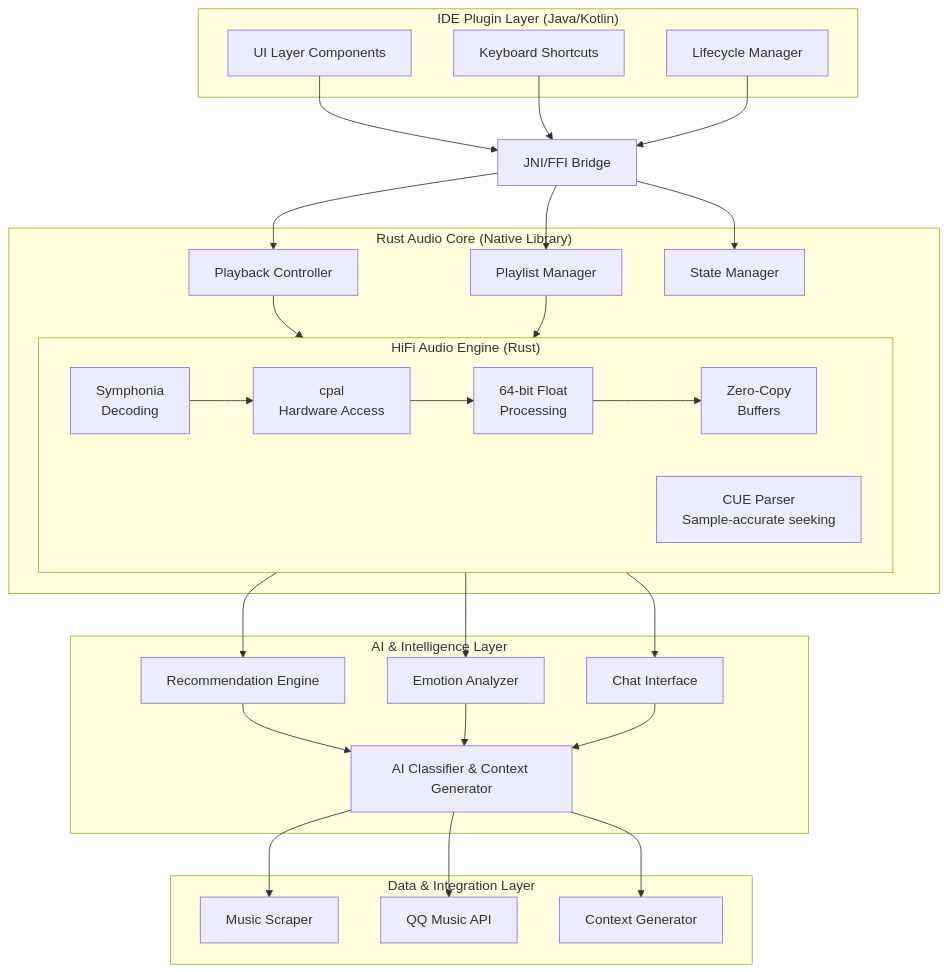
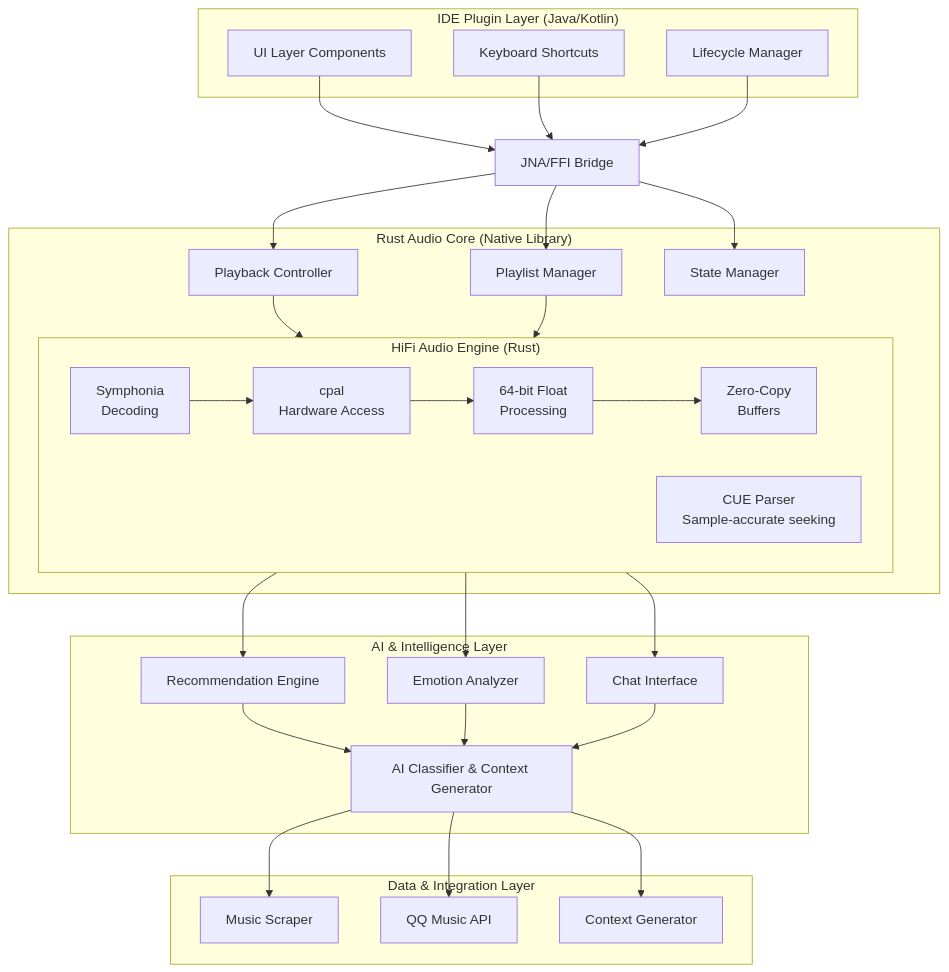
The first of 3 diagrams in .kiro/specs/music-player-plugin/design.md (tq02ksu/contextune), drawn with Mermaid before and after one commit. The commit also changed other lines of this file, not shown here.

Commit message:
chore: remove jni dep

````diff
--- a/.kiro/specs/music-player-plugin/design.md
+++ b/.kiro/specs/music-player-plugin/design.md
@@ -11,60 +11,60 @@
 ```mermaid
 graph TB
     subgraph IDE["IDE Plugin Layer (Java/Kotlin)"]
         UI[UI Layer Components]
         KB[Keyboard Shortcuts]
         LC[Lifecycle Manager]
     end
     
-    FFI[JNI/FFI Bridge]
+    FFI[JNA/FFI Bridge]
     
     subgraph RUST["Rust Audio Core (Native Library)"]
         PC[Playback Controller]
         PM[Playlist Manager]
         SM[State Manager]
         
         subgraph ENGINE["HiFi Audio Engine (Rust)"]
             direction LR
             SYMP[Symphonia<br/>Decoding] --> CPAL[cpal<br/>Hardware Access]
             CPAL --> FLOAT[64-bit Float<br/>Processing]
             FLOAT --> ZERO[Zero-Copy<br/>Buffers]
             CUE[CUE Parser<br/>Sample-accurate seeking]
         end
     end
     
     subgraph AI["AI & Intelligence Layer"]
         REC[Recommendation Engine]
         EMO[Emotion Analyzer]
         CHAT[Chat Interface]
         CLASS[AI Classifier & Context Generator]
     end
     
     subgraph DATA["Data & Integration Layer"]
         SCRAPER[Music Scraper]
         QQ[QQ Music API]
         CTX[Context Generator]
     end
     
     UI --> FFI
     KB --> FFI
     LC --> FFI
     
     FFI --> PC
     FFI --> PM
     FFI --> SM
     
     PC --> ENGINE
     PM --> ENGINE
     
     ENGINE --> REC
     ENGINE --> EMO
     ENGINE --> CHAT
     
     REC --> CLASS
     EMO --> CLASS
     CHAT --> CLASS
     
     CLASS --> SCRAPER
     CLASS --> CTX
     CLASS --> QQ
 ```
````
